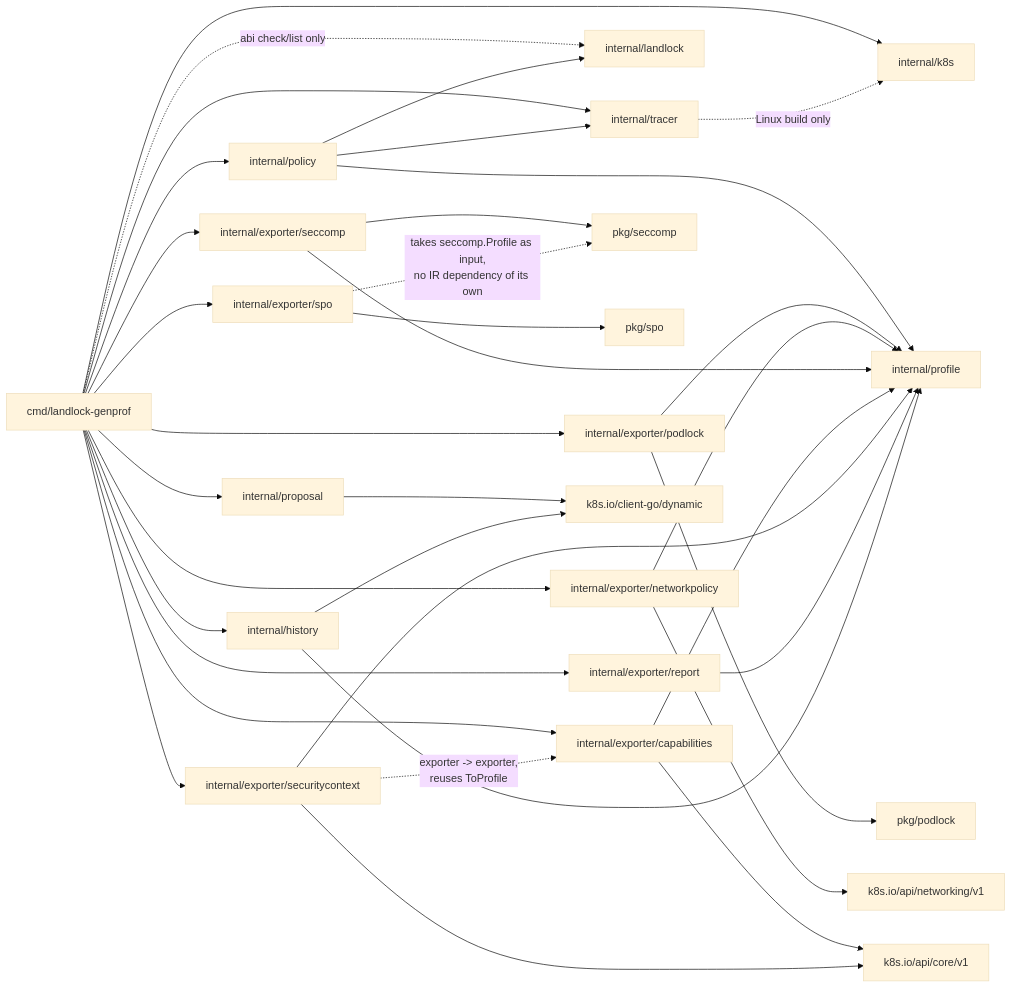
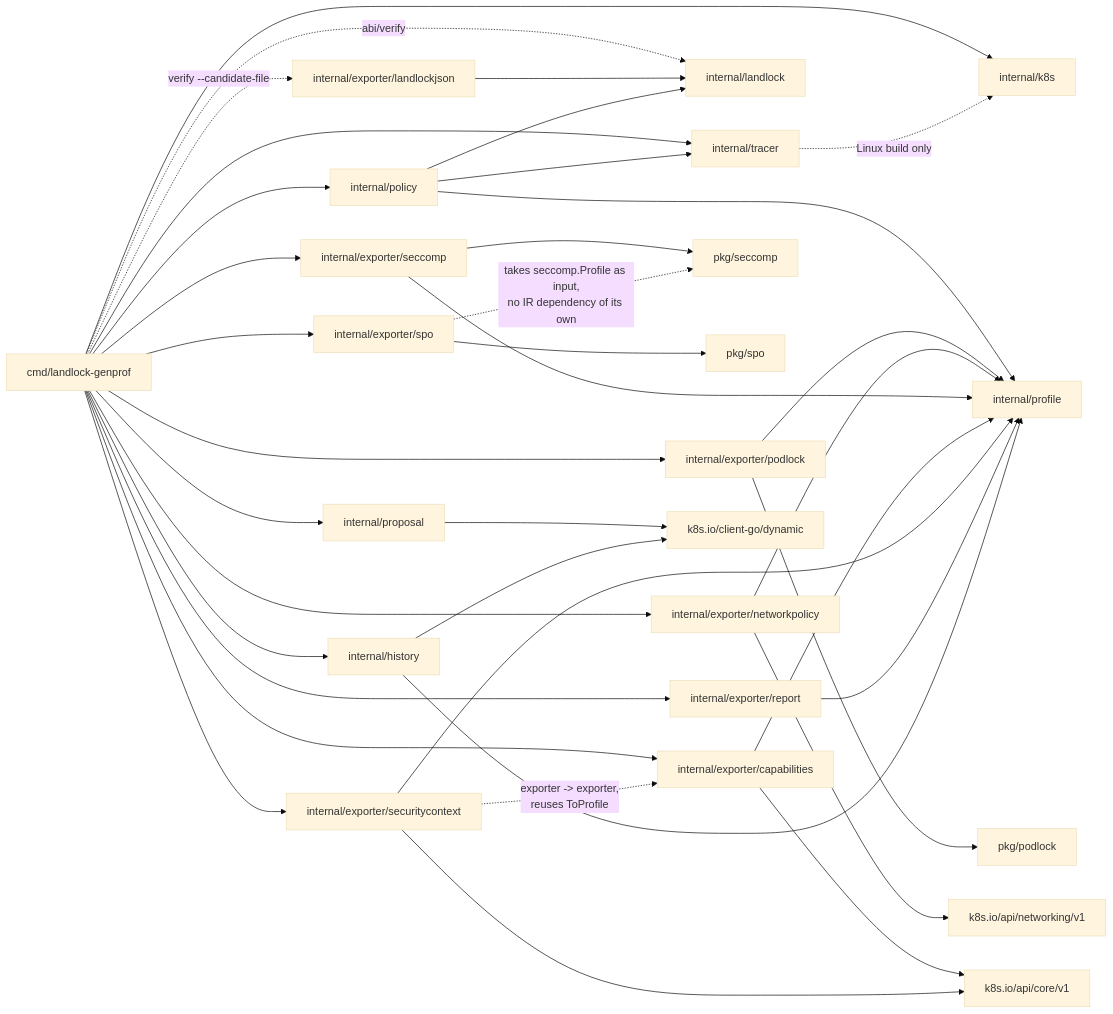
One commit to idriss-eliguene/landlock-genprof changed the diagram in docs/packages.md. Above: the diagram before and after it, drawn with Mermaid (base theme). The commit also changed other lines of this file and 2 other files, not shown here.

First line of the commit message:
docs: mark verify/abi shipped, correct Phase 3's "second exporter" framing

````diff
--- a/docs/packages.md
+++ b/docs/packages.md
@@ -8,59 +8,62 @@
 ```mermaid
 flowchart LR
     cmd["cmd/landlock-genprof"]
     k8s["internal/k8s"]
     tracer["internal/tracer"]
     policy["internal/policy"]
     landlock["internal/landlock"]
     ir["internal/profile"]
     exporter["internal/exporter/podlock"]
     podlock["pkg/podlock"]
     netexporter["internal/exporter/networkpolicy"]
     netpolicyapi["k8s.io/api/networking/v1"]
     seccompexporter["internal/exporter/seccomp"]
     seccomppkg["pkg/seccomp"]
     spoexporter["internal/exporter/spo"]
     spopkg["pkg/spo"]
     capexporter["internal/exporter/capabilities"]
     corev1api["k8s.io/api/core/v1"]
     scexporter["internal/exporter/securitycontext"]
     reportexporter["internal/exporter/report"]
     proposalpkg["internal/proposal"]
     history["internal/history"]
     dynamicclient["k8s.io/client-go/dynamic"]
+    landlockjson["internal/exporter/landlockjson"]
 
     cmd --> k8s
     cmd --> tracer
     cmd --> policy
     cmd --> exporter
     cmd --> netexporter
     cmd --> seccompexporter
     cmd --> spoexporter
     cmd --> capexporter
     cmd --> scexporter
     cmd --> reportexporter
     cmd --> proposalpkg
     cmd --> history
-    cmd -. "abi check/list only" .-> landlock
+    cmd -. "abi/verify" .-> landlock
+    cmd -. "verify --candidate-file" .-> landlockjson
+    landlockjson --> landlock
     policy --> tracer
     policy --> ir
     policy --> landlock
     exporter --> ir
     exporter --> podlock
     netexporter --> ir
     netexporter --> netpolicyapi
     seccompexporter --> ir
     seccompexporter --> seccomppkg
     spoexporter --> spopkg
     spoexporter -. "takes seccomp.Profile as input,<br/>no IR dependency of its own" .-> seccomppkg
     capexporter --> ir
     capexporter --> corev1api
     scexporter --> ir
     scexporter --> corev1api
     scexporter -. "exporter -> exporter,<br/>reuses ToProfile" .-> capexporter
     reportexporter --> ir
     proposalpkg --> dynamicclient
     history --> ir
     history --> dynamicclient
     tracer -. "Linux build only" .-> k8s
 ```
````
